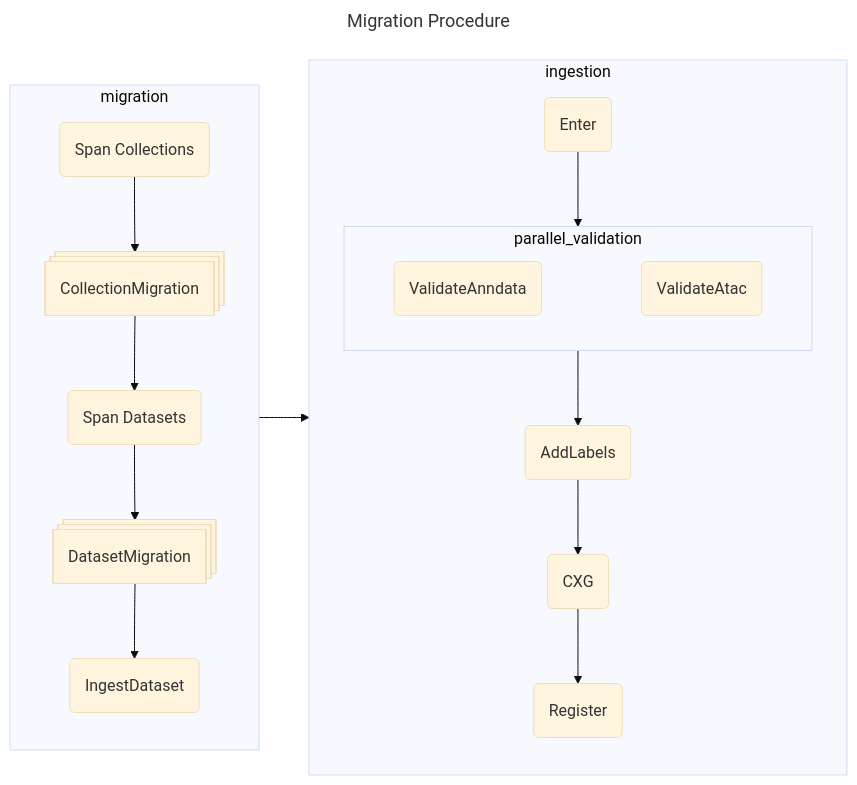
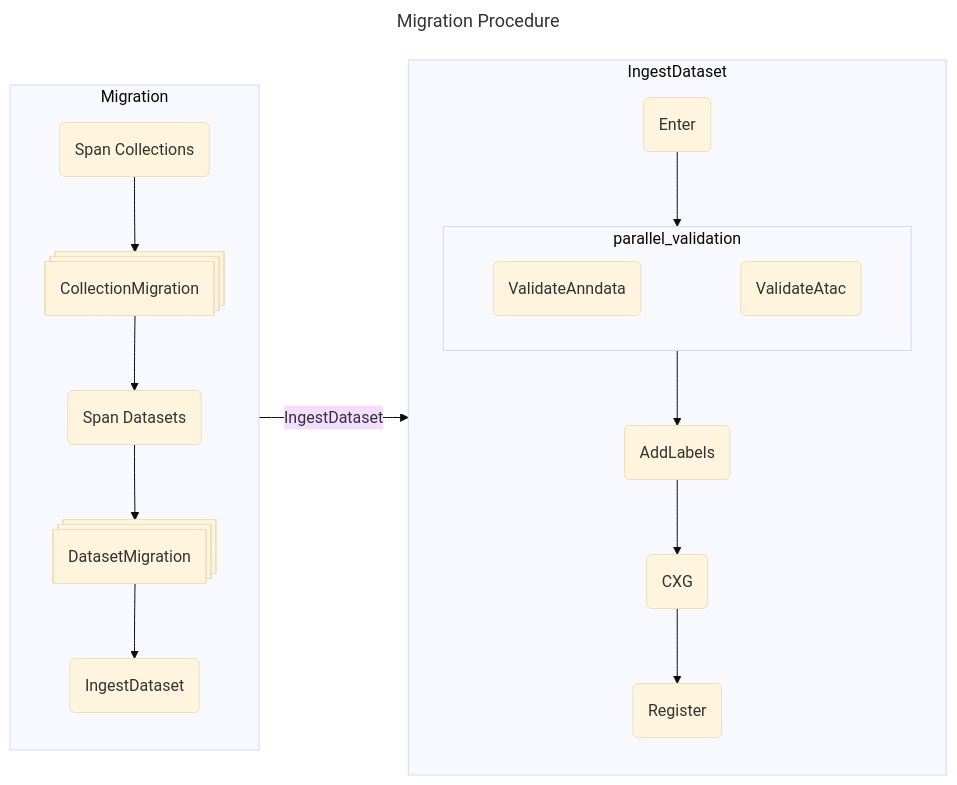
The diagram in migrations/docs/diagrams/migration_sfn.md (chanzuckerberg/single-cell-data-portal), drawn with Mermaid (base theme) before and after one commit. The commit also changed 15 other files, not shown here.

````diff
--- a/migrations/docs/diagrams/migration_sfn.md
+++ b/migrations/docs/diagrams/migration_sfn.md
@@ -1,29 +1,29 @@
 ```mermaid
 ---
 title: Migration Procedure
 ---
 flowchart LR
-    subgraph migration
+    subgraph Migration
         direction TB
         stp-span-col("Span Collections") --> stp-migrate-col@{shape: procs, label: "CollectionMigration"}
         stp-migrate-col --> stp-span-ds("Span Datasets")
         stp-span-ds --> stp-migrate-ds@{shape: procs, label: "DatasetMigration"}
         stp-migrate-ds --> stp-ingest-ds("IngestDataset")
     end
 
-    subgraph ingestion
+    subgraph IngestDataset
         direction TB
         stp-enter("Enter") --> parallel_validation
         subgraph parallel_validation
             direction LR
             stp-validate-ad("ValidateAnndata")
             stp-validate-atac("ValidateAtac")
             stp-validate-ad ~~~ stp-validate-atac
         end
         parallel_validation --> stp-addlabels("AddLabels")
         stp-addlabels --> stp-cxg("CXG")
         stp-cxg --> stp-register("Register")
     end
-    stp-ingest-ds --> ingestion
 
+    Migration --IngestDataset--> IngestDataset
 ```
````
